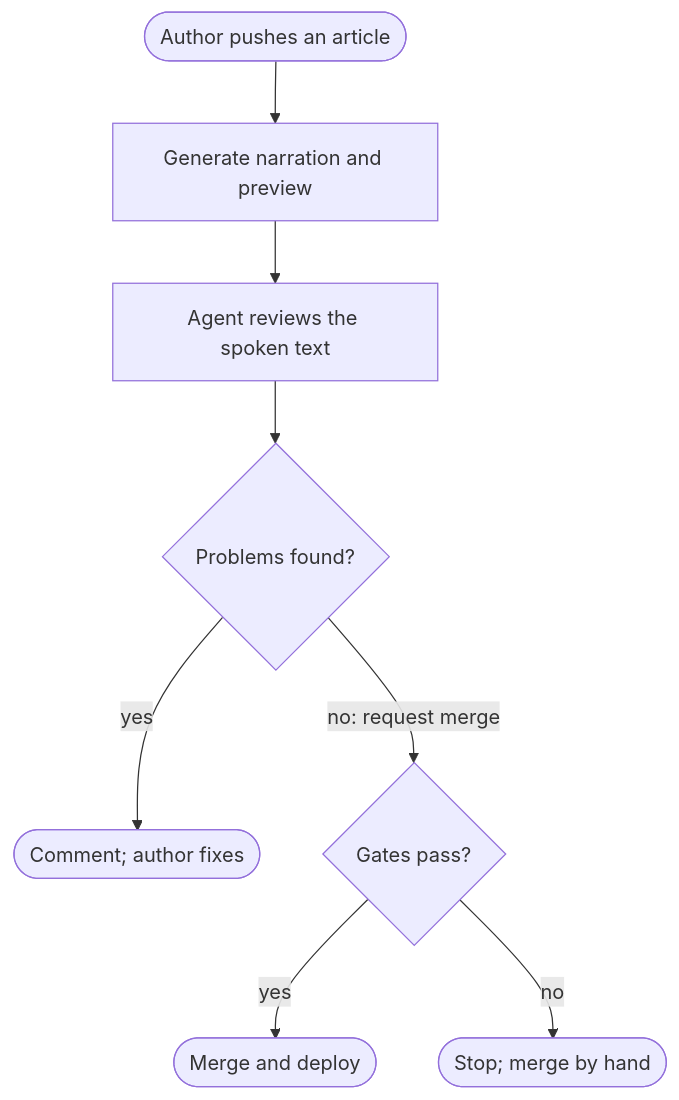
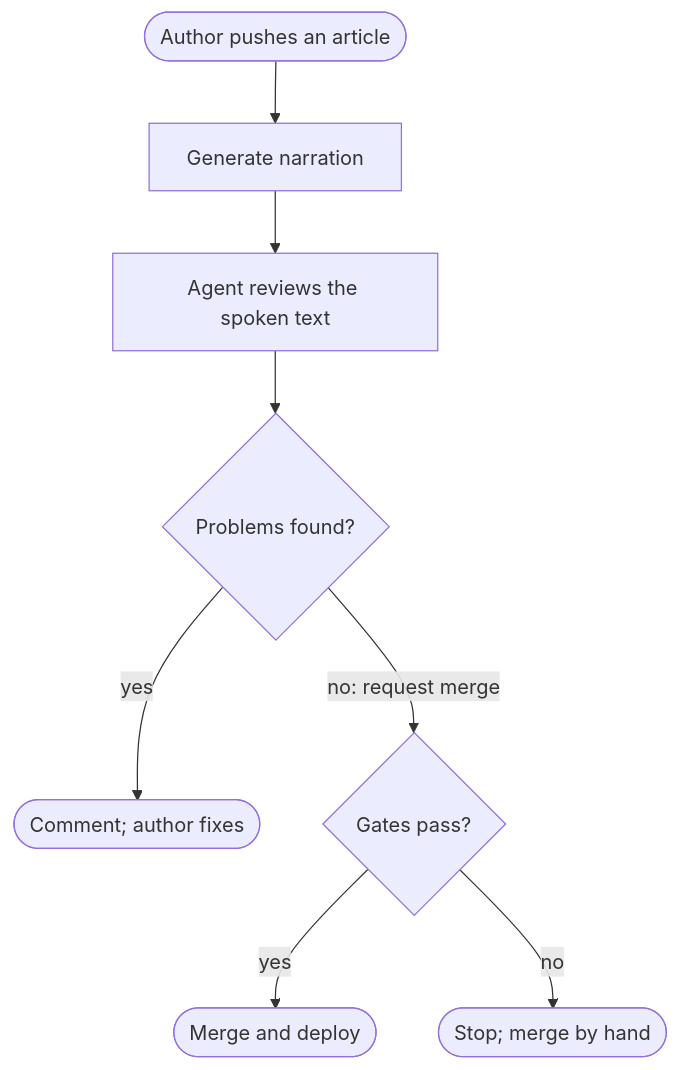
Before and after one commit to ragmha/raghib.io: the diagram in src/content/writing/the-agent-asks-the-pipeline-merges.mdx, drawn with Mermaid. The commit also changed other lines of this file and 4 other files, not shown here.

First line of the commit message:
Drop the public preview deploy

````diff
--- a/src/content/writing/the-agent-asks-the-pipeline-merges.mdx
+++ b/src/content/writing/the-agent-asks-the-pipeline-merges.mdx
@@ -110,12 +110,12 @@
 ```mermaid
 flowchart TD
     accTitle: How an article pull request reaches main
-    accDescr: The author pushes an article. A build step generates narration and a preview. The agent reviews the spoken text; if it finds problems it comments and stops. If not, it requests a merge, and deterministic gates check the author, the files, the reviewed commit, the hold label and the required checks. Passing gates merge and deploy; failing gates leave the pull request for a manual merge.
-    push(["Author pushes an article"]) --> build["Generate narration and preview"]
+    accDescr: The author pushes an article. A build step generates narration. The agent reviews the spoken text; if it finds problems it comments and stops. If not, it requests a merge, and deterministic gates check the author, the files, the reviewed commit, the hold label and the required checks. Passing gates merge and deploy; failing gates leave the pull request for a manual merge.
+    push(["Author pushes an article"]) --> build["Generate narration"]
     build --> agent["Agent reviews the spoken text"]
     agent --> found{"Problems found?"}
     found -->|"yes"| comment(["Comment; author fixes"])
     found -->|"no: request merge"| gates{"Gates pass?"}
     gates -->|"yes"| merge(["Merge and deploy"])
     gates -->|"no"| manual(["Stop; merge by hand"])
 ```
````
